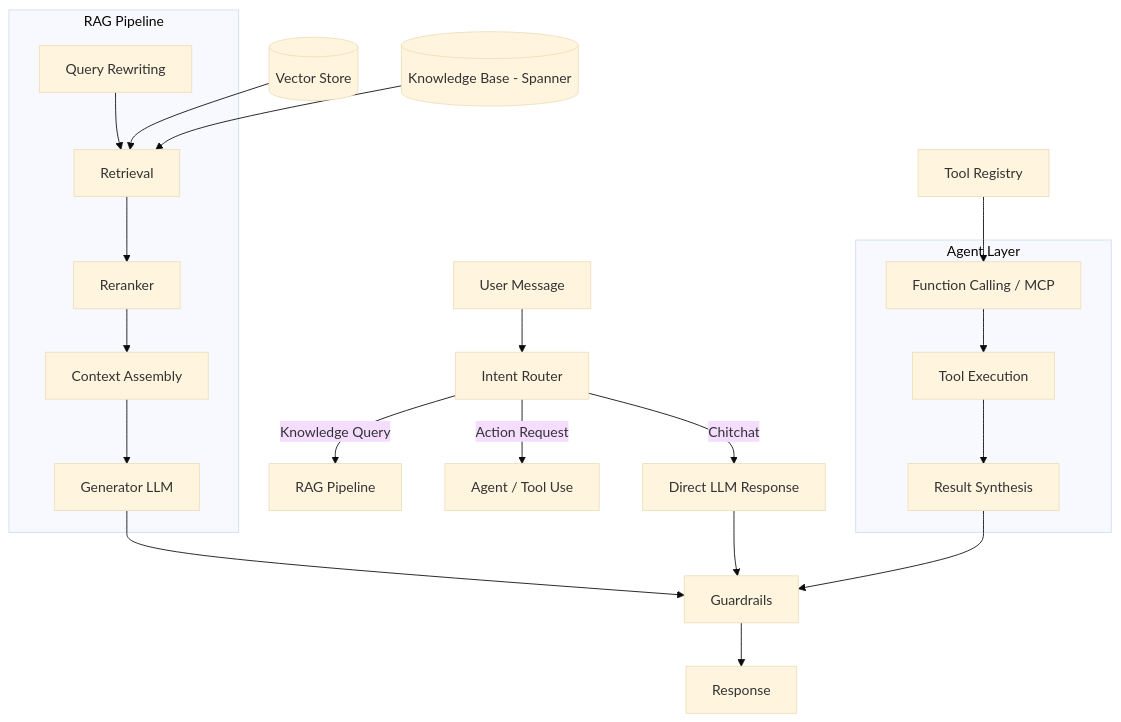
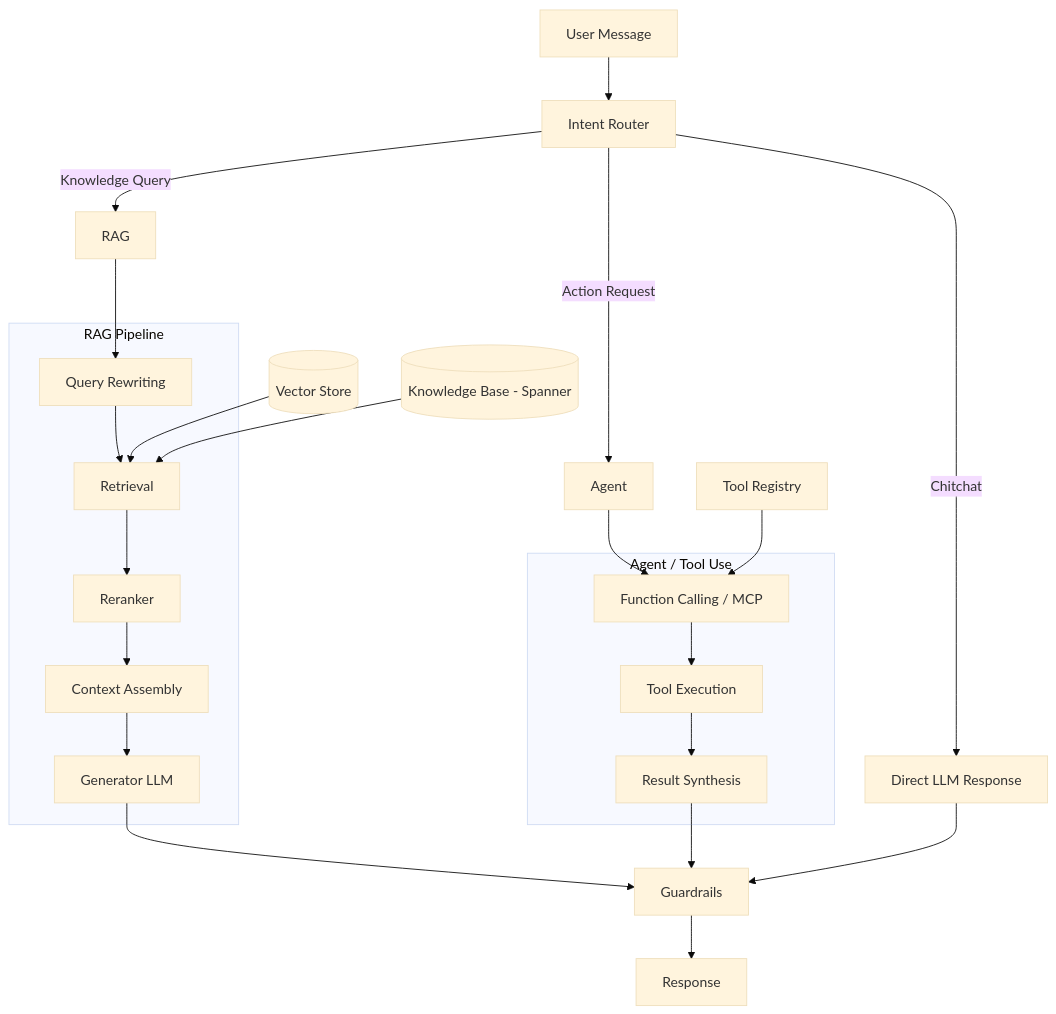
One commit to Hmago/ml4 changed the tenth of 10 diagrams in content/17_ml_system_design.md. Above: the diagram before and after it, drawn with Mermaid (base theme). The commit also changed other lines of this file and 1 other file, not shown here.

````diff
--- a/content/17_ml_system_design.md
+++ b/content/17_ml_system_design.md
@@ -1445,28 +1454,30 @@
 ```mermaid
 graph TD
     A[User Message] --> B[Intent Router]
-    B -->|Knowledge Query| C[RAG Pipeline]
-    B -->|Action Request| D[Agent / Tool Use]
+    B -->|Knowledge Query| C[RAG]
+    B -->|Action Request| D[Agent]
     B -->|Chitchat| E[Direct LLM Response]
 
-    subgraph RAG Pipeline
+    subgraph RAGPipe["RAG Pipeline"]
         C1[Query Rewriting] --> C2[Retrieval]
         C2 --> C3[Reranker]
         C3 --> C4[Context Assembly]
         C4 --> C5[Generator LLM]
     end
 
-    subgraph Agent Layer
+    subgraph AgentLayer["Agent / Tool Use"]
         D1[Function Calling / MCP] --> D2[Tool Execution]
         D2 --> D3[Result Synthesis]
     end
 
+    C --> C1
+    D --> D1
     C5 --> F[Guardrails]
     D3 --> F
     E --> F
     F --> G[Response]
 
     H[(Vector Store)] --> C2
     I[(Knowledge Base - Spanner)] --> C2
     J[Tool Registry] --> D1
 ```
````
